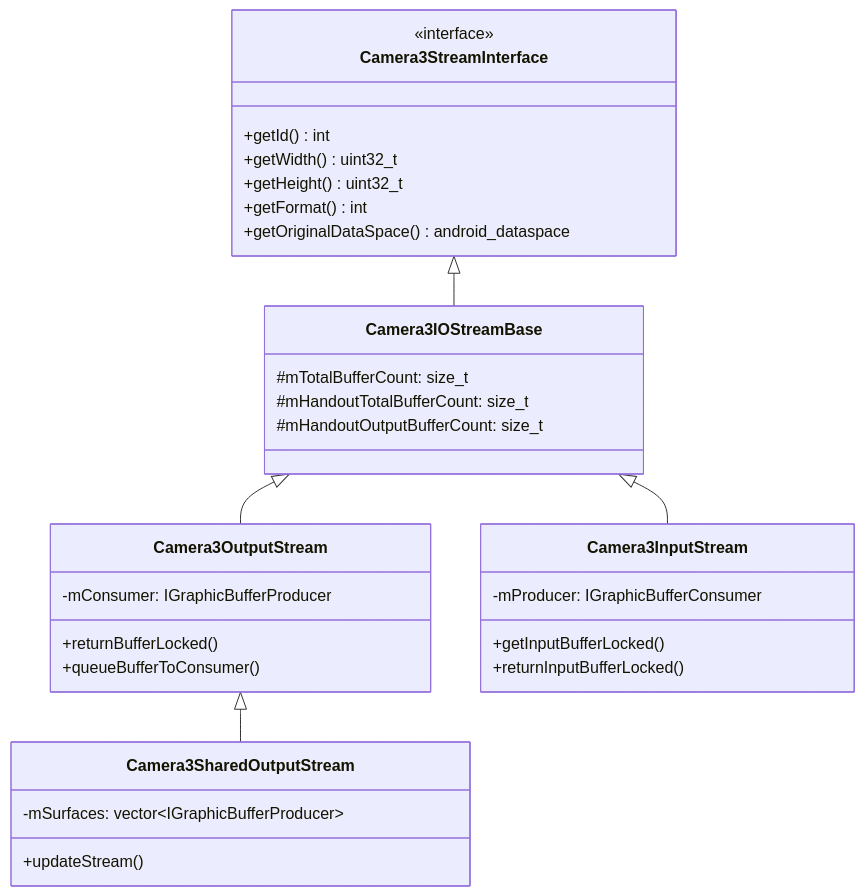
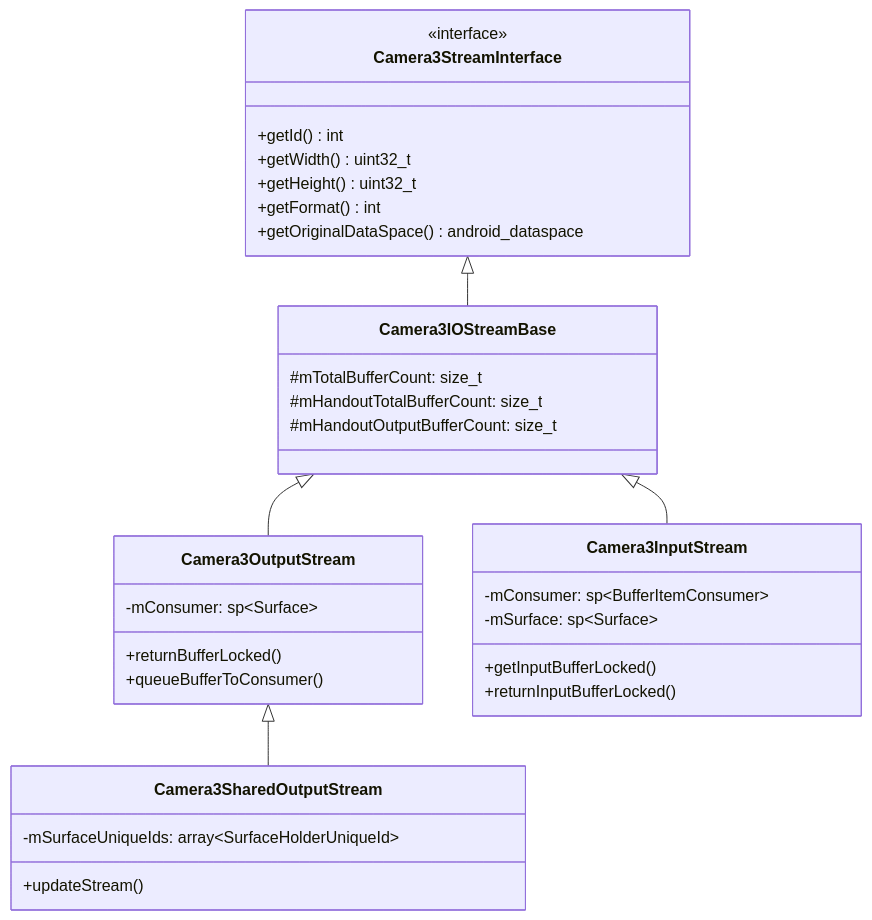
Diagram 14 of 25 in agents/claude/skills/aosp-device-support/64-camera2-pipeline.md (aospbooks/aosp-internal-book), drawn with Mermaid before and after one commit. The commit also changed other lines of this file and 218 other files, not shown here.

````diff
--- a/agents/claude/skills/aosp-device-support/64-camera2-pipeline.md
+++ b/agents/claude/skills/aosp-device-support/64-camera2-pipeline.md
@@ -1138,35 +1163,36 @@
 ```mermaid
 classDiagram
     class Camera3StreamInterface {
         <<interface>>
         +getId() int
         +getWidth() uint32_t
         +getHeight() uint32_t
         +getFormat() int
         +getOriginalDataSpace() android_dataspace
     }
     class Camera3IOStreamBase {
         #mTotalBufferCount: size_t
         #mHandoutTotalBufferCount: size_t
         #mHandoutOutputBufferCount: size_t
     }
     class Camera3OutputStream {
-        -mConsumer: IGraphicBufferProducer
+        -mConsumer: sp~Surface~
         +returnBufferLocked()
         +queueBufferToConsumer()
     }
     class Camera3InputStream {
-        -mProducer: IGraphicBufferConsumer
+        -mConsumer: sp~BufferItemConsumer~
+        -mSurface: sp~Surface~
         +getInputBufferLocked()
         +returnInputBufferLocked()
     }
     class Camera3SharedOutputStream {
-        -mSurfaces: vector~IGraphicBufferProducer~
+        -mSurfaceUniqueIds: array~SurfaceHolderUniqueId~
         +updateStream()
     }
 
     Camera3StreamInterface <|-- Camera3IOStreamBase
     Camera3IOStreamBase <|-- Camera3OutputStream
     Camera3IOStreamBase <|-- Camera3InputStream
     Camera3OutputStream <|-- Camera3SharedOutputStream
 ```
````
